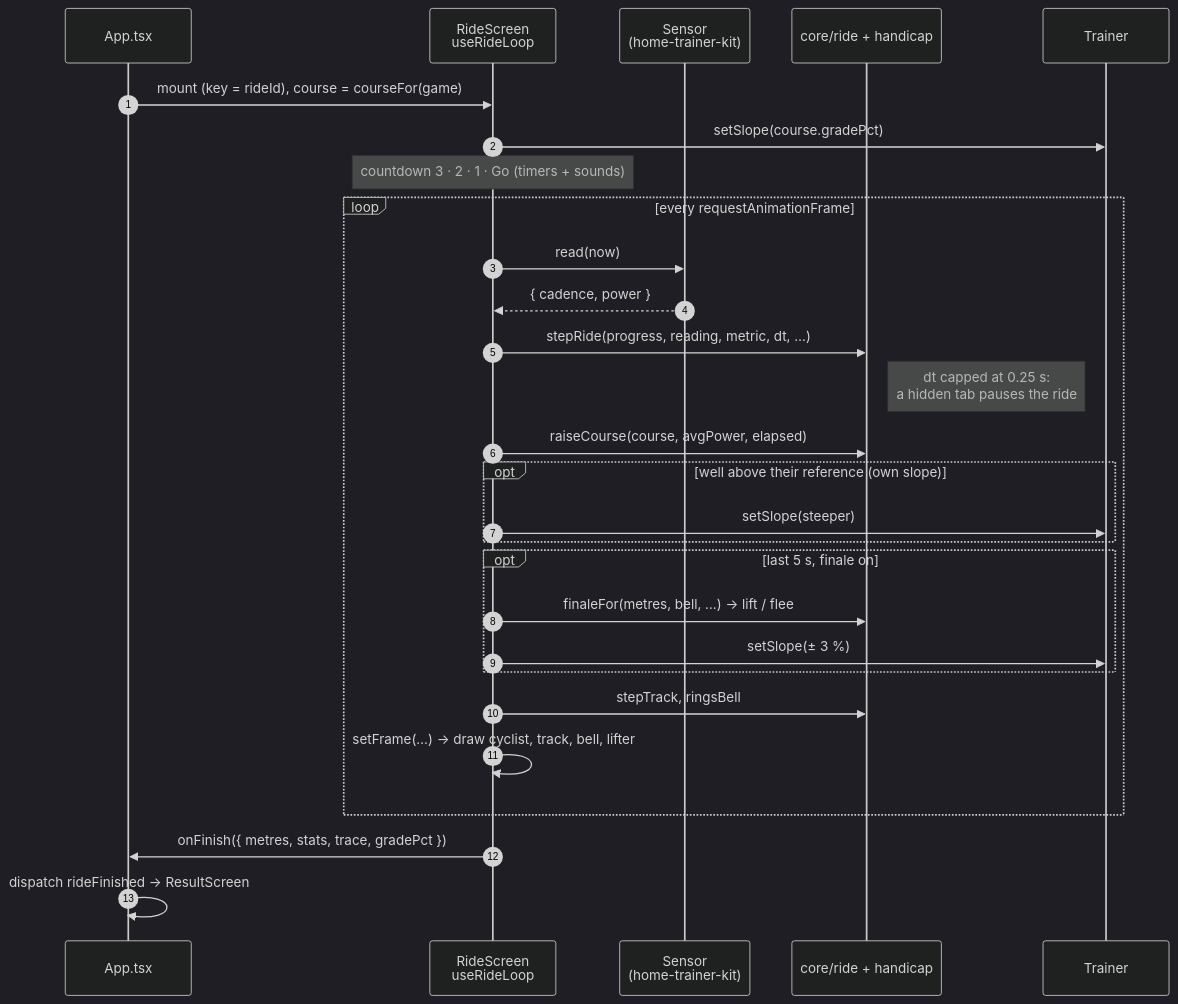
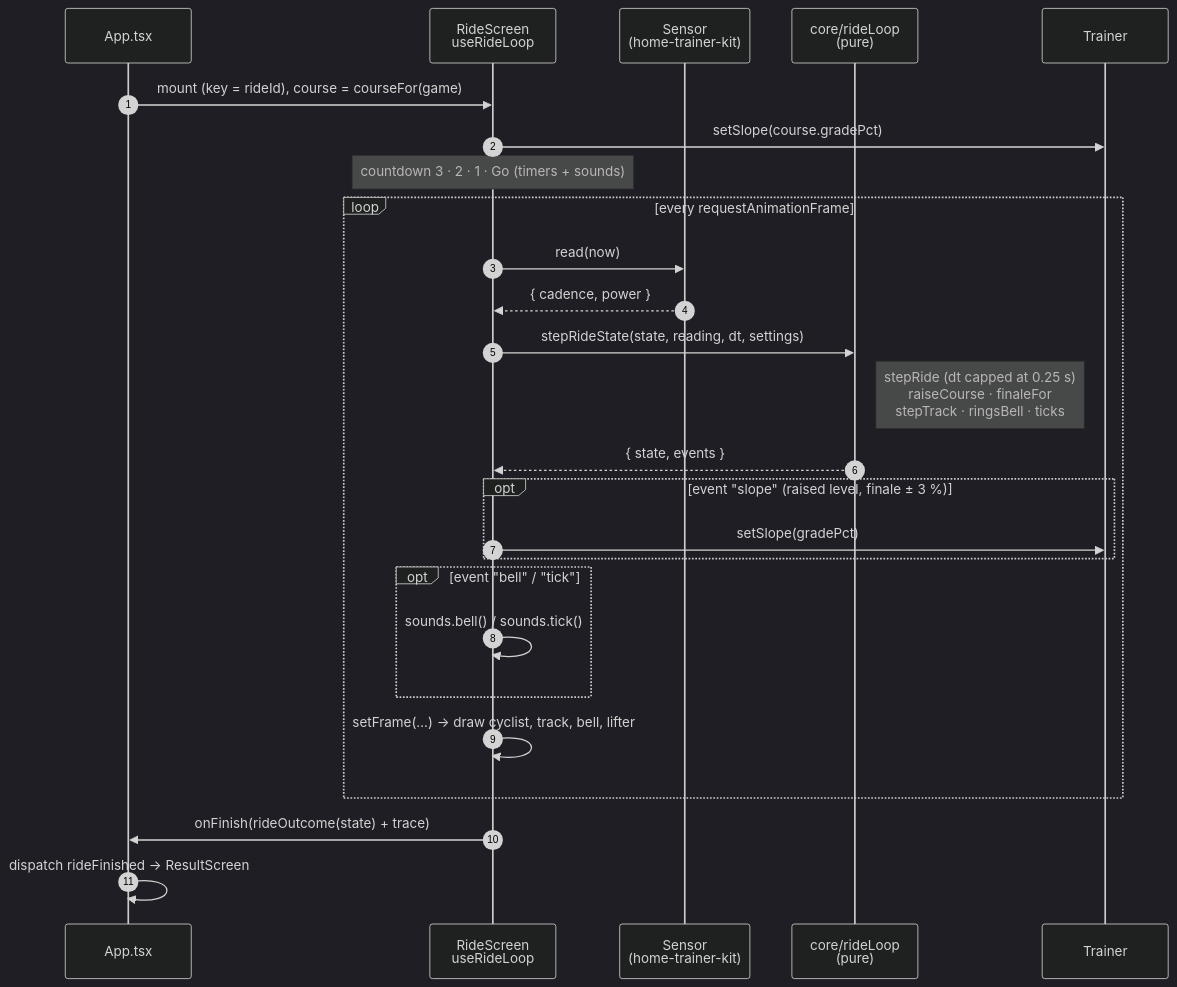
One commit to enavarro222/sonne_la_cloche changed the sixth of 10 diagrams in docs/architecture.md. Above: the diagram before and after it, drawn with Mermaid (dark theme). The commit also changed other lines of this file, not shown here.

Commit message:
Docs: architecture after the cleanup, a layers diagram that reads

````diff
--- a/docs/architecture.md
+++ b/docs/architecture.md
@@ -236,31 +241,29 @@
 ```mermaid
 sequenceDiagram
     autonumber
     participant App as App.tsx
     participant RS as RideScreen<br/>useRideLoop
     participant S as Sensor<br/>(home-trainer-kit)
-    participant Core as core/ride + handicap
+    participant Core as core/rideLoop<br/>(pure)
     participant T as Trainer
 
     App->>RS: mount (key = rideId), course = courseFor(game)
     RS->>T: setSlope(course.gradePct)
     Note over RS: countdown 3 · 2 · 1 · Go (timers + sounds)
     loop every requestAnimationFrame
         RS->>S: read(now)
         S-->>RS: { cadence, power }
-        RS->>Core: stepRide(progress, reading, metric, dt, …)
-        Note right of Core: dt capped at 0.25 s:<br/>a hidden tab pauses the ride
-        RS->>Core: raiseCourse(course, avgPower, elapsed)
-        opt well above their reference (own slope)
-            RS->>T: setSlope(steeper)
+        RS->>Core: stepRideState(state, reading, dt, settings)
+        Note right of Core: stepRide (dt capped at 0.25 s)<br/>raiseCourse · finaleFor<br/>stepTrack · ringsBell · ticks
+        Core-->>RS: { state, events }
+        opt event "slope" (raised level, finale ± 3 %)
+            RS->>T: setSlope(gradePct)
         end
-        opt last 5 s, finale on
-            RS->>Core: finaleFor(metres, bell, …) → lift / flee
-            RS->>T: setSlope(± 3 %)
+        opt event "bell" / "tick"
+            RS->>RS: sounds.bell() / sounds.tick()
         end
-        RS->>Core: stepTrack, ringsBell
         RS->>RS: setFrame(…) → draw cyclist, track, bell, lifter
     end
-    RS->>App: onFinish({ metres, stats, trace, gradePct })
+    RS->>App: onFinish(rideOutcome(state) + trace)
     App->>App: dispatch rideFinished → ResultScreen
 ```
````
